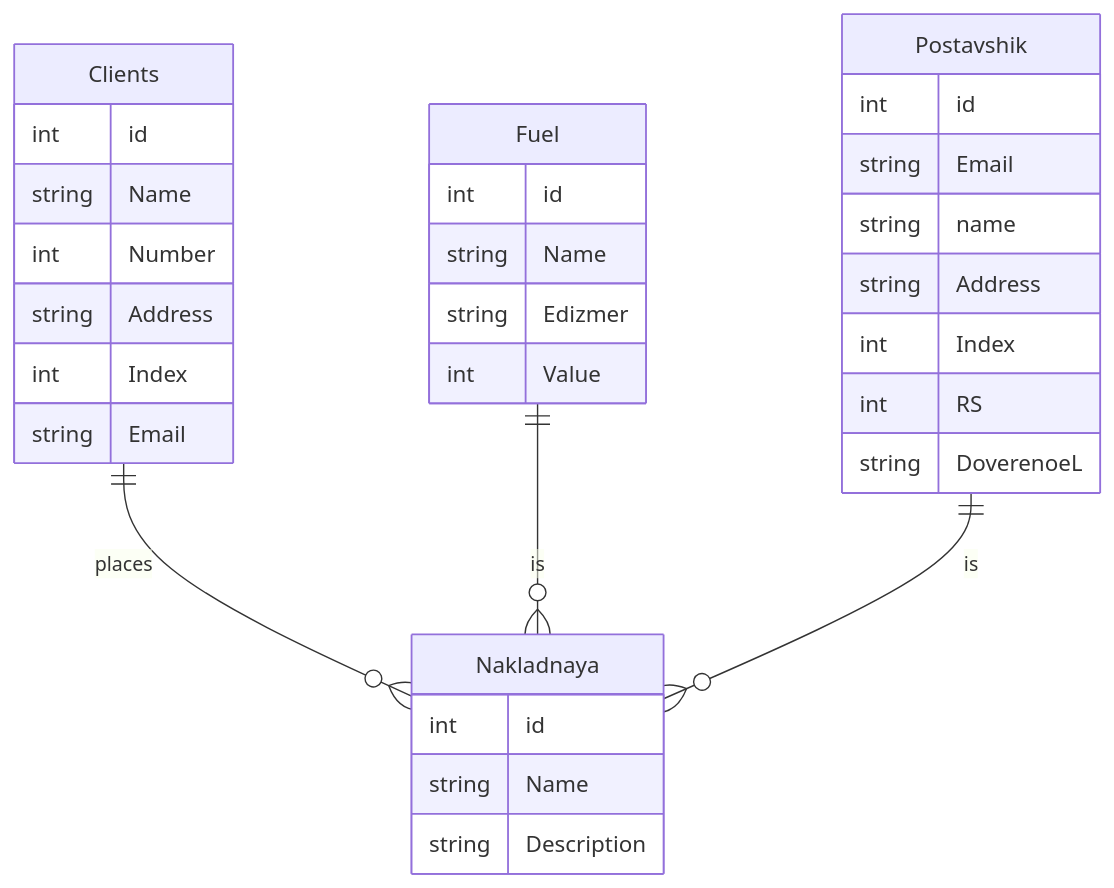
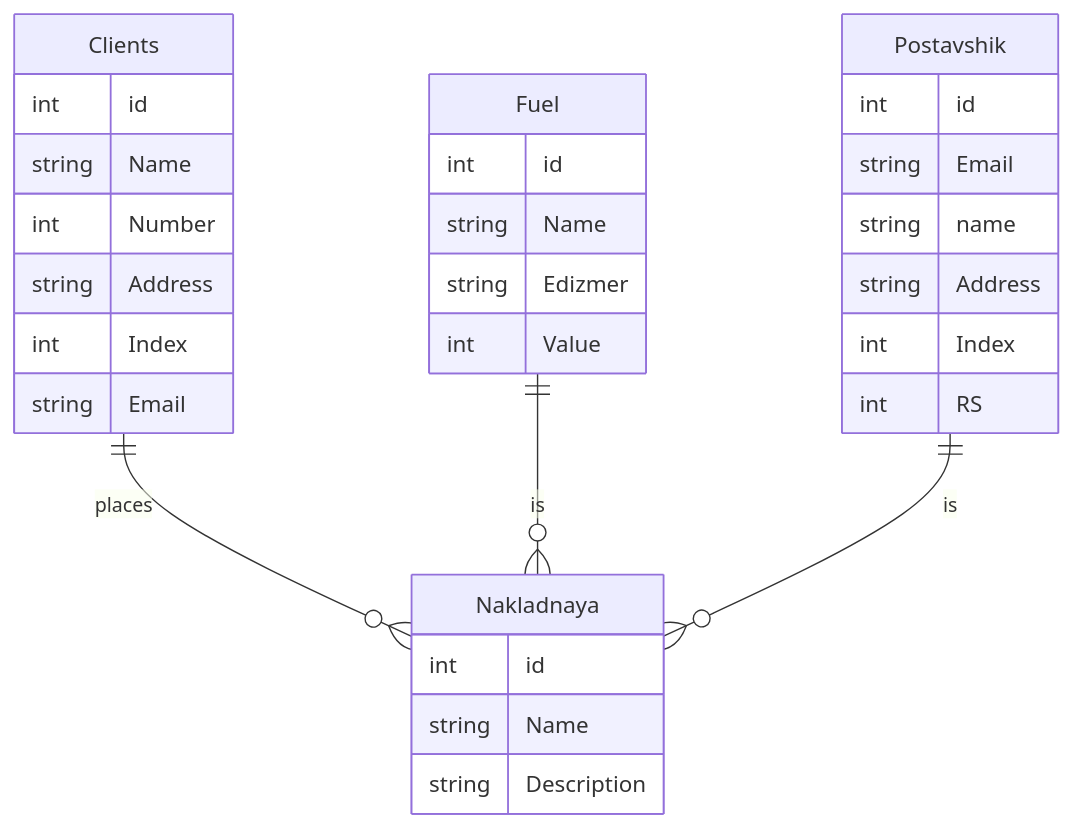
Before and after one commit to darkchaine/AZS: the diagram in README.md, drawn with Mermaid.

Commit message:
README.md

````diff
--- a/README.md
+++ b/README.md
@@ -9,35 +9,34 @@
 ```mermaid
 erDiagram
     Clients ||--o{ Nakladnaya : places
     Clients {
         int id
         string Name
         int Number
         string Address
         int Index
         string Email
     }
   
     Nakladnaya {
         int id
         string Name
         string Description
     }
   Fuel ||--o{ Nakladnaya: is
     Fuel {
         int id
         string Name
         string Edizmer
         int Value
     }
  Postavshik ||--o{ Nakladnaya: is
   Postavshik {
     int id
     string Email
     string name
     string Address
     int Index
     int RS   
-    string DoverenoeL
    }
 ```
````
